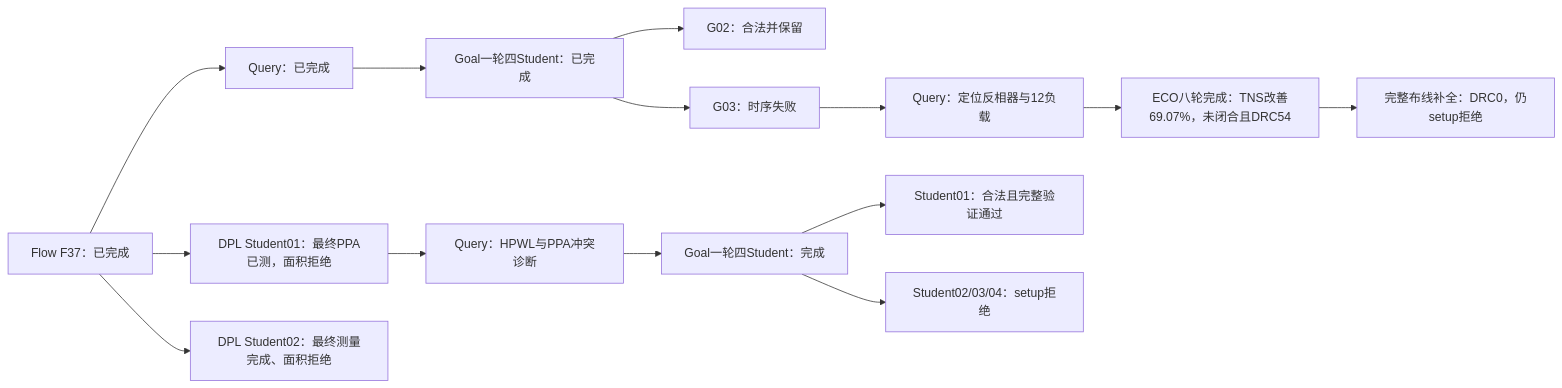
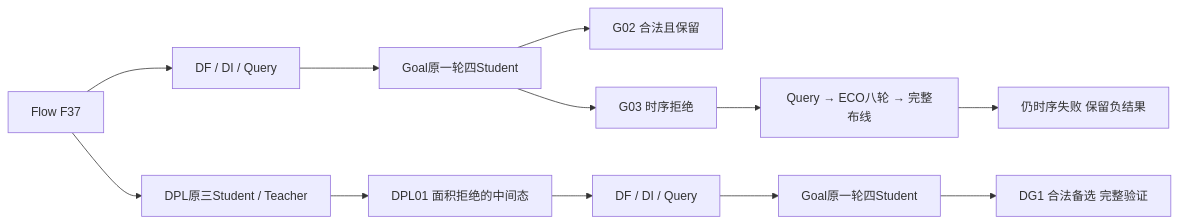
One commit to CODA-Team/ChipEvolve changed the first of 2 diagrams in admin/INVITED_PAPER_RESULTS_20261020.md. Above: the diagram before and after it, drawn with Mermaid. The commit also changed other lines of this file and 5 other files, not shown here.

````diff
--- a/admin/INVITED_PAPER_RESULTS_20261020.md
+++ b/admin/INVITED_PAPER_RESULTS_20261020.md
@@ -54,16 +55,14 @@
 ```mermaid
 flowchart LR
- F[Flow F37：已完成] --> Q[Query：已完成]
- Q --> G[Goal一轮四Student：已完成]
- G --> G2[G02：合法并保留]
- G --> G3[G03：时序失败]
- G3 --> QE[Query：定位反相器与12负载]
- QE --> E[ECO八轮完成：TNS改善69.07%，未闭合且DRC54]
- E --> R[完整布线补全：DRC0，仍setup拒绝]
- F --> D1[DPL Student01：最终PPA已测，面积拒绝]
- F --> D[DPL Student02：最终测量完成、面积拒绝]
- D1 --> QD[Query：HPWL与PPA冲突诊断]
- QD --> GN[Goal一轮四Student：完成]
- GN --> DG1[Student01：合法且完整验证通过]
- GN --> DGX[Student02/03/04：setup拒绝]
+ F[Flow F37] --> Q[DF / DI / Query]
+ Q --> G[Goal原一轮四Student]
+ G --> G2[G02 合法且保留]
+ G --> G3[G03 时序拒绝]
+ G3 --> E[Query → ECO八轮 → 完整布线]
+ E --> R[仍时序失败 保留负结果]
+ F --> D[DPL原三Student / Teacher]
+ D --> D1[DPL01 面积拒绝的中间态]
+ D1 --> Q2[DF / DI / Query]
+ Q2 --> G4[Goal原一轮四Student]
+ G4 --> DG[DG1 合法备选 完整验证]
 ```
````
